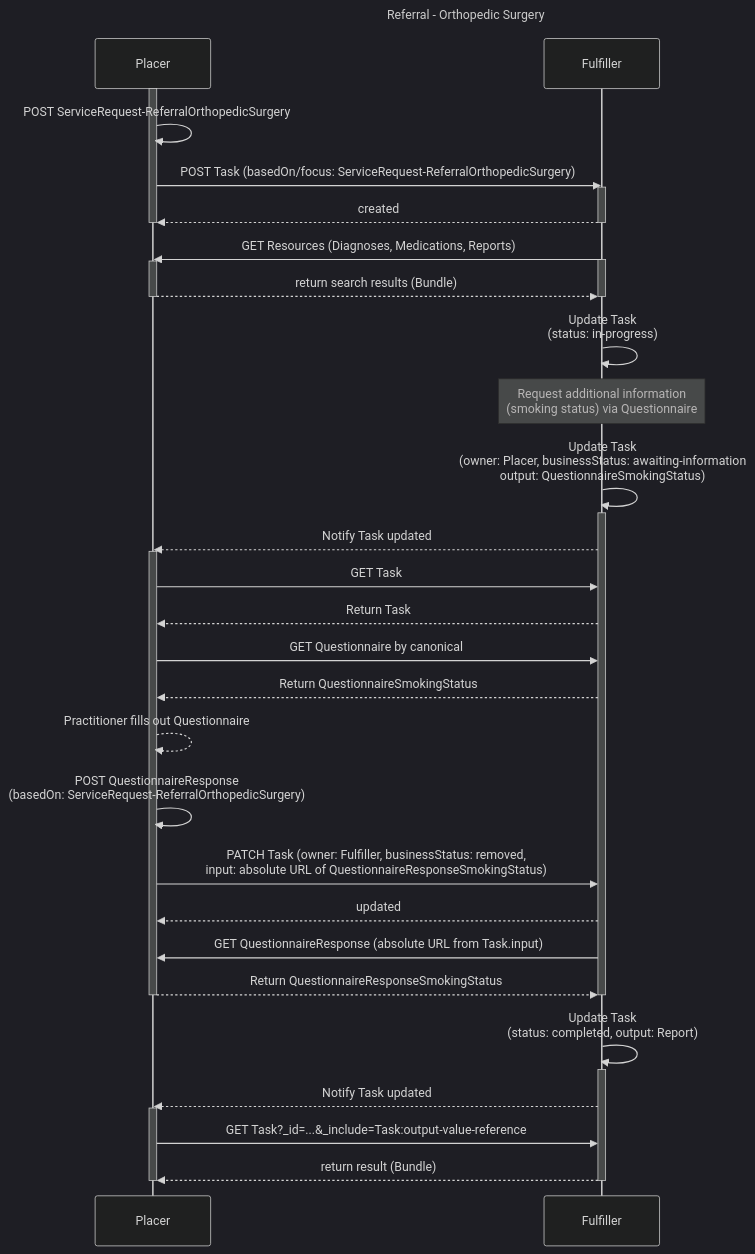
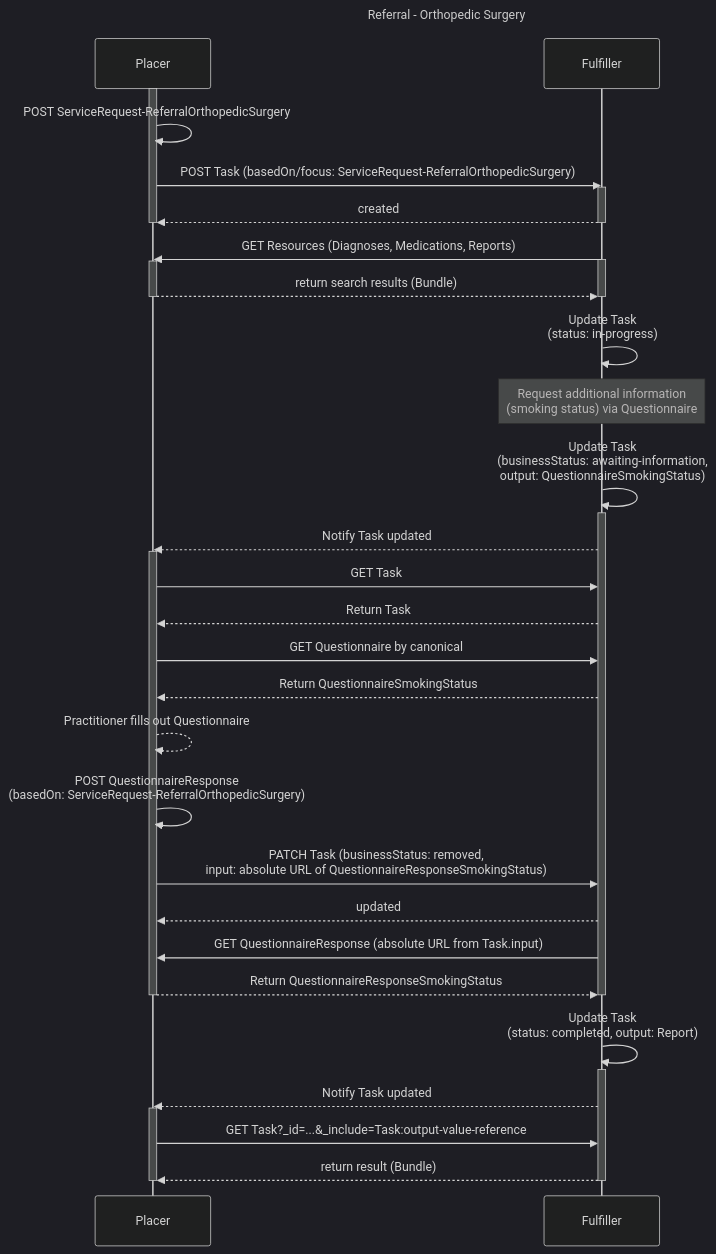
The diagram in input/pagecontent/usecase-referral-orthopedic.md (umzhconnect/umzhconnect-ig), drawn with Mermaid (dark theme) before and after one commit. The commit also changed other lines of this file and 6 other files, not shown here.

Commit message:
Keep Task.owner at the Fulfiller and restrict Placer edits (#116, #118) (#131)

````diff
--- a/input/pagecontent/usecase-referral-orthopedic.md
+++ b/input/pagecontent/usecase-referral-orthopedic.md
@@ -20,52 +20,52 @@
 ```mermaid
 sequenceDiagram
     title Referral - Orthopedic Surgery
 
     participant Placer as Placer
     participant Fulfiller as Fulfiller
     activate Placer
     Placer->>Placer: POST ServiceRequest-ReferralOrthopedicSurgery
     Placer->>Fulfiller: POST Task (basedOn/focus: ServiceRequest-ReferralOrthopedicSurgery)
     activate Fulfiller
     Fulfiller-->>Placer: created
     deactivate Placer
     deactivate Fulfiller
 
     Fulfiller->>Placer: GET Resources (Diagnoses, Medications, Reports)
     activate Fulfiller
     activate Placer
     Placer-->>Fulfiller: return search results (Bundle)
     deactivate Fulfiller
     deactivate Placer
 
     Fulfiller->>Fulfiller: Update Task<br/>(status: in-progress)
 
     Note over Fulfiller: Request additional information<br/>(smoking status) via Questionnaire
-    Fulfiller->>Fulfiller: Update Task<br/>(owner: Placer, businessStatus: awaiting-information<br/>output: QuestionnaireSmokingStatus)
+    Fulfiller->>Fulfiller: Update Task<br/>(businessStatus: awaiting-information,<br/>output: QuestionnaireSmokingStatus)
     activate Fulfiller
     Fulfiller-->>Placer: Notify Task updated
     activate Placer
     Placer->>Fulfiller: GET Task
     Fulfiller-->>Placer: Return Task
     Placer->>Fulfiller: GET Questionnaire by canonical
     Fulfiller-->>Placer: Return QuestionnaireSmokingStatus
     Placer-->>Placer: Practitioner fills out Questionnaire
     Placer->>Placer: POST QuestionnaireResponse<br/>(basedOn: ServiceRequest-ReferralOrthopedicSurgery)
-    Placer->>Fulfiller: PATCH Task (owner: Fulfiller, businessStatus: removed,<br/>input: absolute URL of QuestionnaireResponseSmokingStatus)
+    Placer->>Fulfiller: PATCH Task (businessStatus: removed,<br/>input: absolute URL of QuestionnaireResponseSmokingStatus)
     Fulfiller-->>Placer: updated
     Fulfiller->>Placer: GET QuestionnaireResponse (absolute URL from Task.input)
     Placer-->>Fulfiller: Return QuestionnaireResponseSmokingStatus
     deactivate Placer
     deactivate Fulfiller
 
     Fulfiller->>Fulfiller: Update Task<br/>(status: completed, output: Report)
     activate Fulfiller
     Fulfiller-->>Placer: Notify Task updated
     activate Placer
     Placer->> Fulfiller: GET Task?_id=...&_include=Task:output-value-reference
     Fulfiller-->>Placer: return result (Bundle)
     deactivate Placer
     deactivate Fulfiller
 
 
 ```
````
